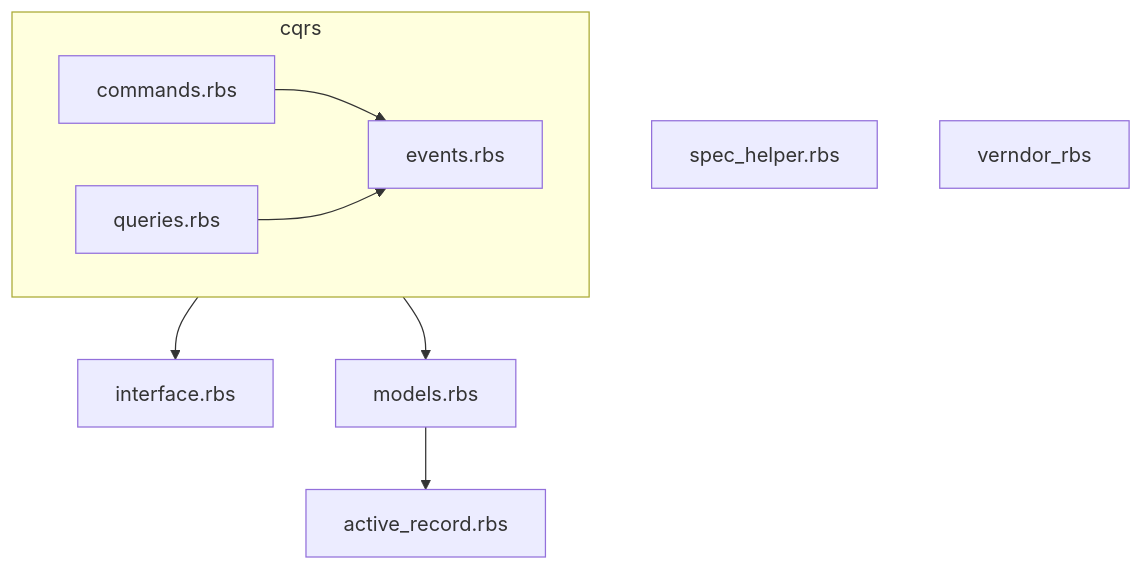
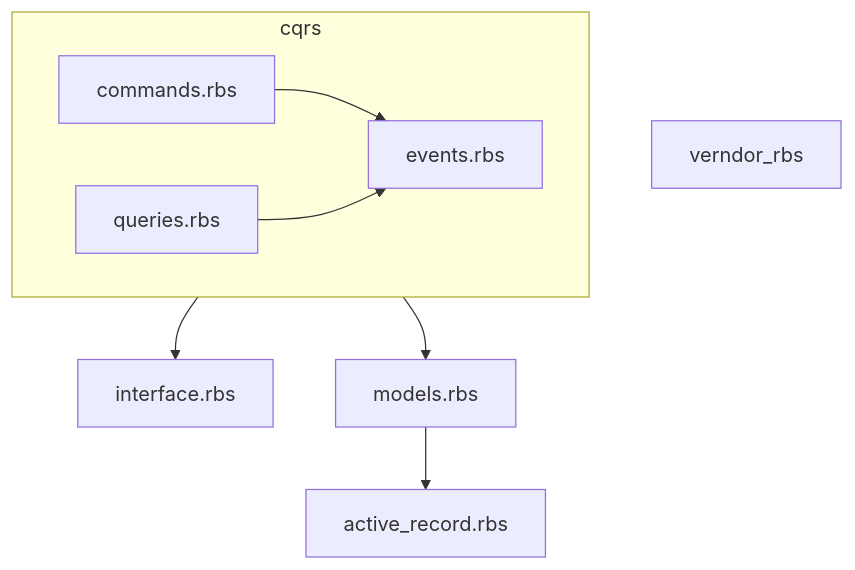
One commit to suzuki-mar/cqrs-poker changed the diagram in sig/README.md. Above: the diagram before and after it, drawn with Mermaid. The commit also changed other lines of this file and 40 other files, not shown here.

````diff
--- a/sig/README.md
+++ b/sig/README.md
@@ -123,31 +116,28 @@
 ```mermaid
 graph TD
 
   %% 依存関係を逆転させるものだけを定義
   interface_rbs[interface.rbs]
   active_record_rbs[active_record.rbs]
   models_rbs[models.rbs]  
 
   subgraph cqrs
     commands[commands.rbs]
     events[events.rbs]    
     queries[queries.rbs]
   end
 
-  %% テスト時だけ必要になるもの
-  spec_helper.rbs[spec_helper.rbs]   
-  
   %% Gemで型定義されていないものだけ入っている
   venrod_rbs[verndor_rbs] 
   
   cqrs --> interface_rbs
 
   %% active_recordはmodelsへ
   models_rbs --> active_record_rbs 
 
   cqrs --> models_rbs    
 
   commands --> events
   queries --> events
   
 ```
````
